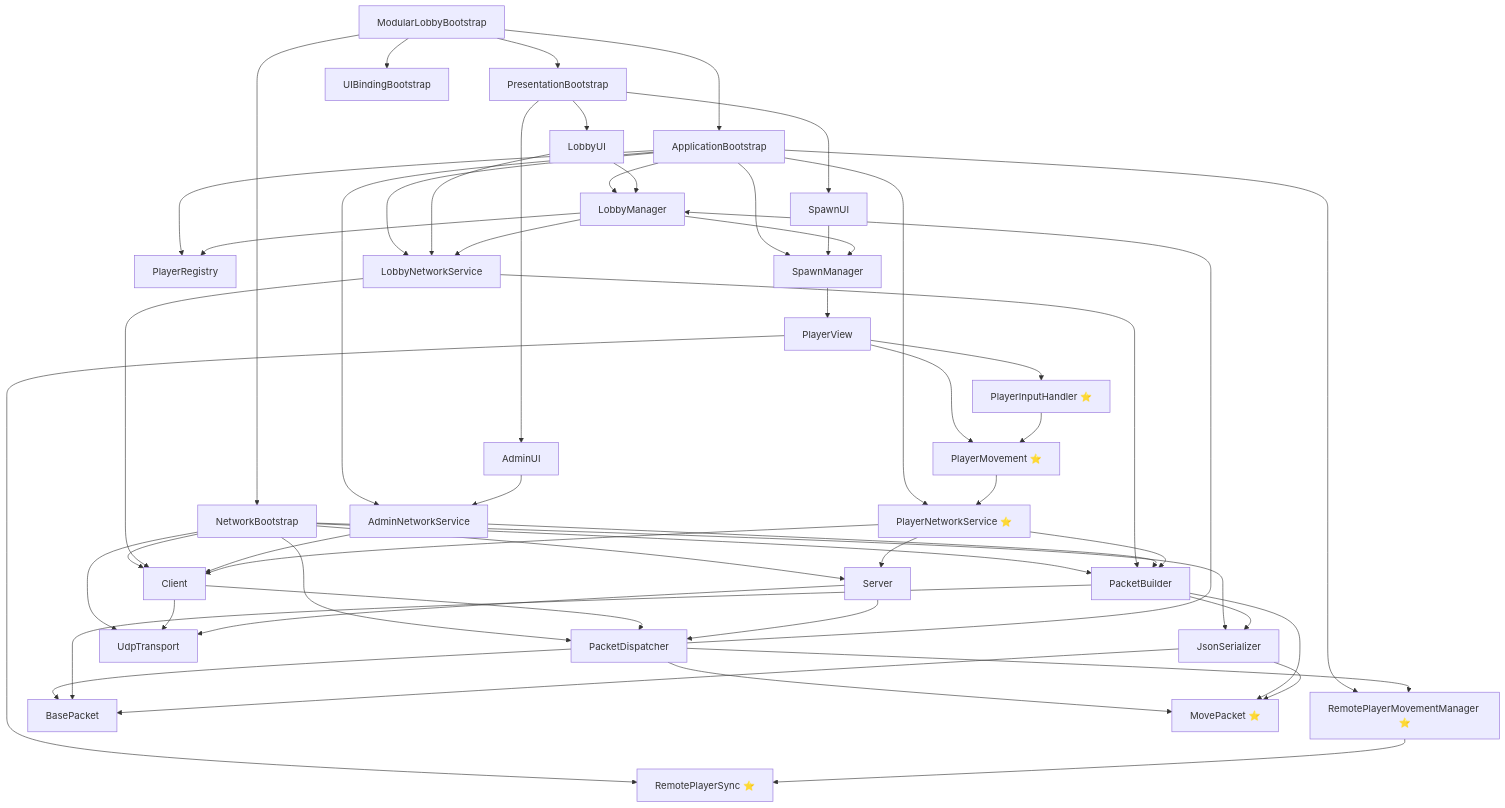
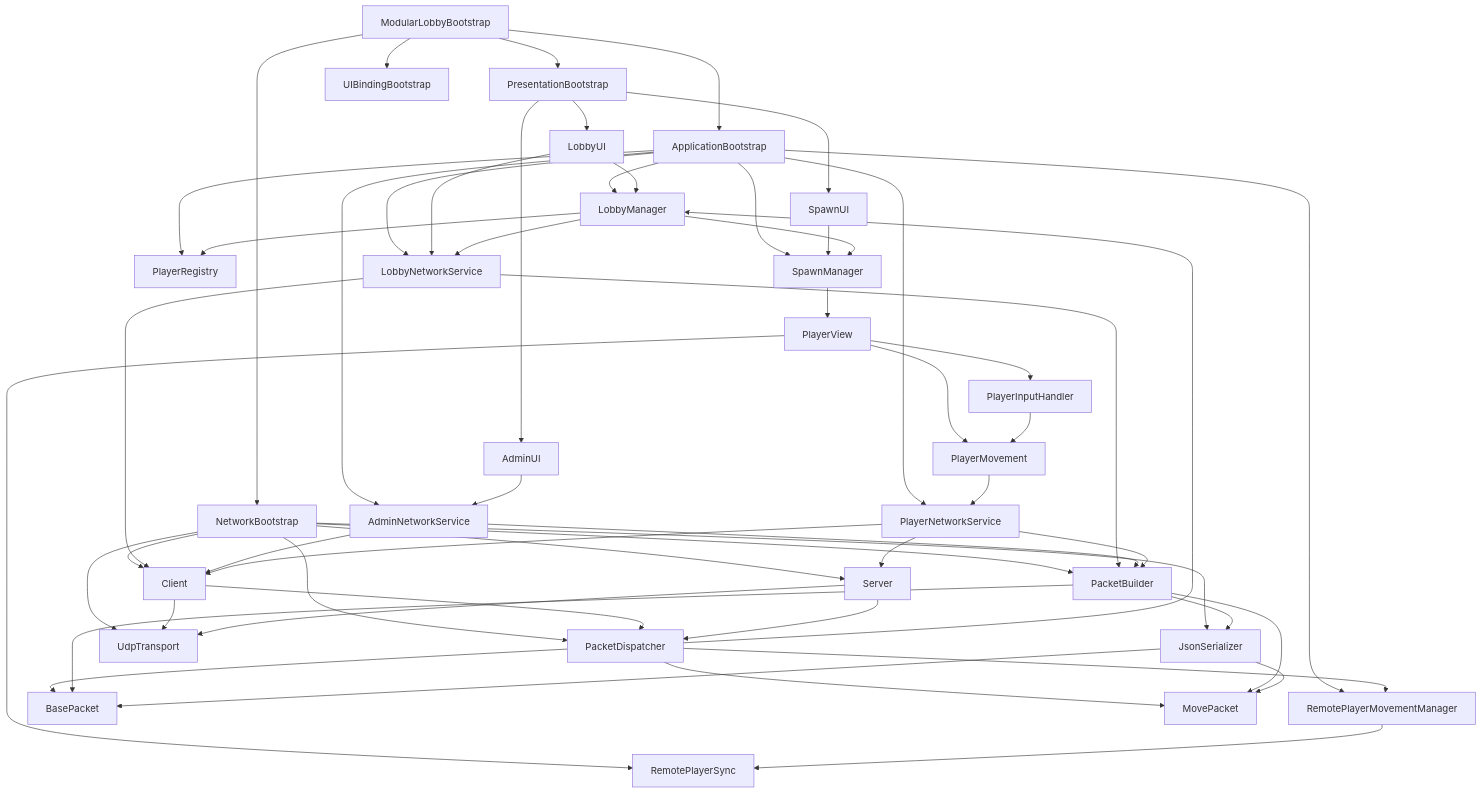
One commit to sebas64mil/red-hunt changed the diagram in README.md. Above: the diagram before and after it, drawn with Mermaid. The commit also changed other lines of this file, not shown here.

```diff
--- a/README.md
+++ b/README.md
@@ -195,12 +696,12 @@
   LobbyManager["LobbyManager"]
   LobbyNetworkService["LobbyNetworkService"]
   AdminNetworkService["AdminNetworkService"]
-  PlayerNetworkService["PlayerNetworkService ⭐"]
-  RemotePlayerMovementManager["RemotePlayerMovementManager ⭐"]
+  PlayerNetworkService["PlayerNetworkService "]
+  RemotePlayerMovementManager["RemotePlayerMovementManager "]
 
-  PlayerMovement["PlayerMovement ⭐"]
-  PlayerInputHandler["PlayerInputHandler ⭐"]
-  RemotePlayerSync["RemotePlayerSync ⭐"]
+  PlayerMovement["PlayerMovement "]
+  PlayerInputHandler["PlayerInputHandler "]
+  RemotePlayerSync["RemotePlayerSync "]
 
   Client["Client"]
   Server["Server"]
@@ -209,7 +710,7 @@
   BasePacket["BasePacket"]
   JsonSerializer["JsonSerializer"]
   UdpTransport["UdpTransport"]
-  MovePacket["MovePacket ⭐"]
+  MovePacket["MovePacket "]
 
   %% Orquestación principal
   ModularLobbyBootstrap --> ApplicationBootstrap
@@ -253,7 +754,7 @@
   AdminNetworkService --> PacketBuilder
   SpawnManager --> PlayerView
   
-  %% Movimiento y entrada ⭐
+  %% Movimiento y entrada 
   PlayerView --> PlayerMovement
   PlayerView --> PlayerInputHandler
   PlayerView --> RemotePlayerSync
```
